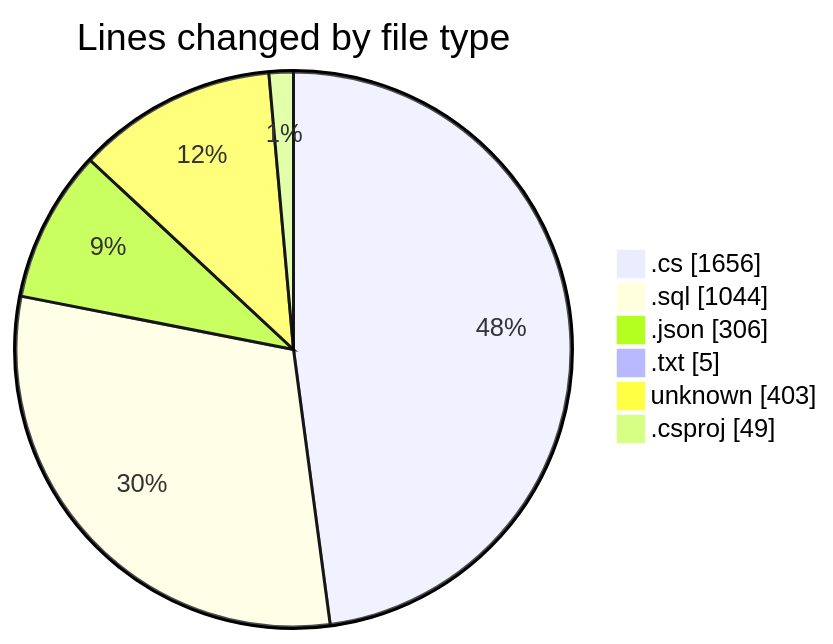
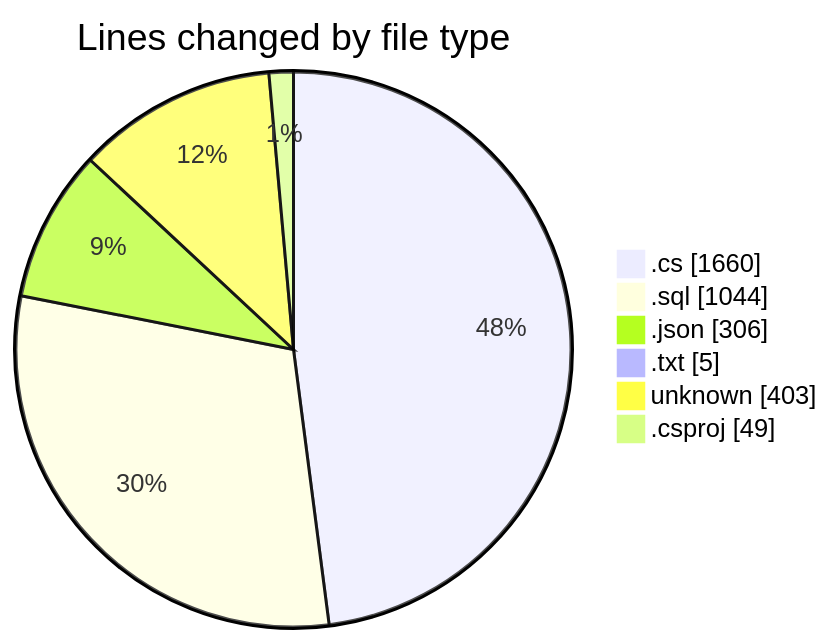
The first of 2 diagrams in 2025-04-04/back-end/README.md (Netris89/code-tracking), drawn with Mermaid before and after one commit. The commit also changed other lines of this file and 1 other file, not shown here.

````diff
--- a/2025-04-04/back-end/README.md
+++ b/2025-04-04/back-end/README.md
@@ -34,10 +34,10 @@
 ```mermaid
 pie showData
 title Lines changed by file type
-".cs" : 1656
+".cs" : 1660
 ".sql" : 1044
 ".json" : 306
 ".txt" : 5
 "unknown" : 403
 ".csproj" : 49
 ```
````
